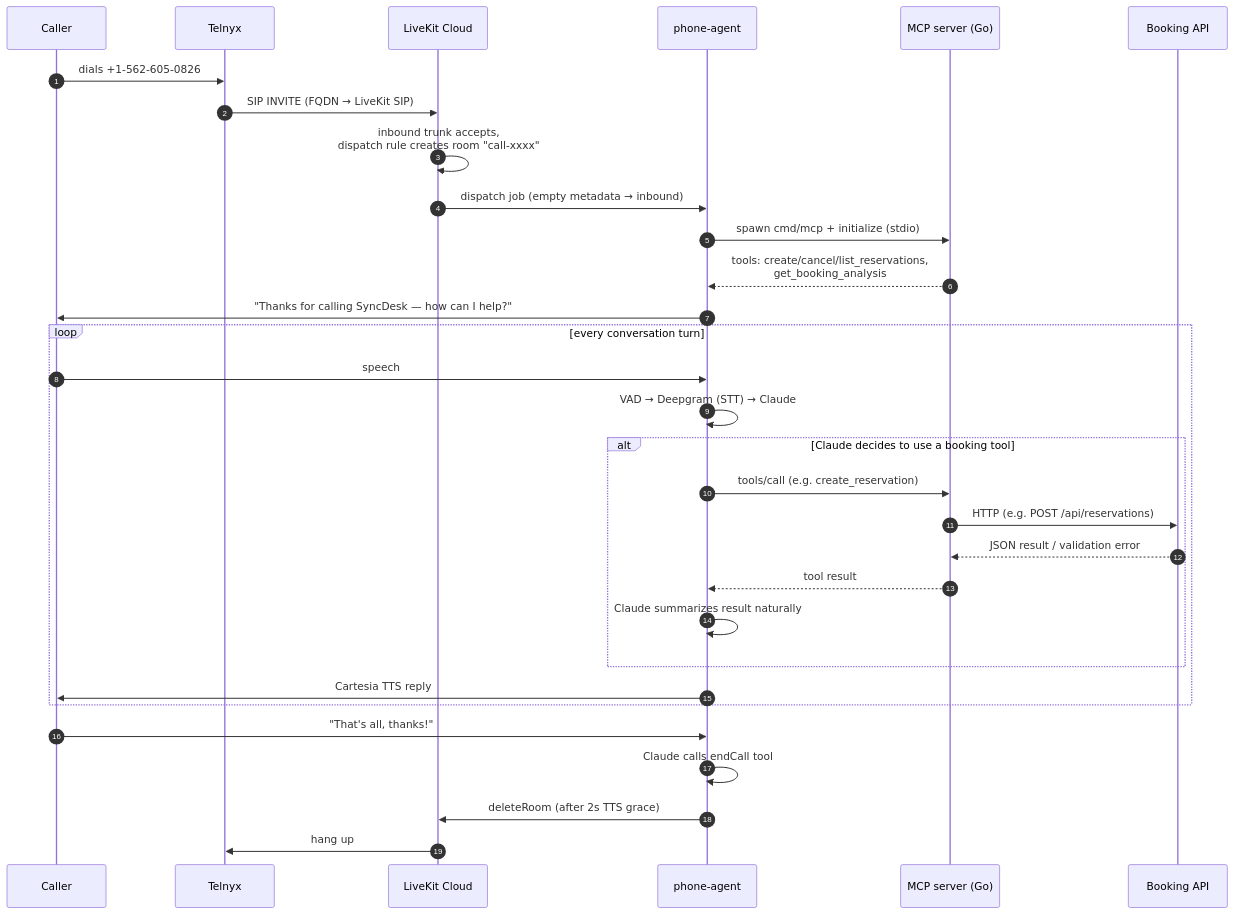
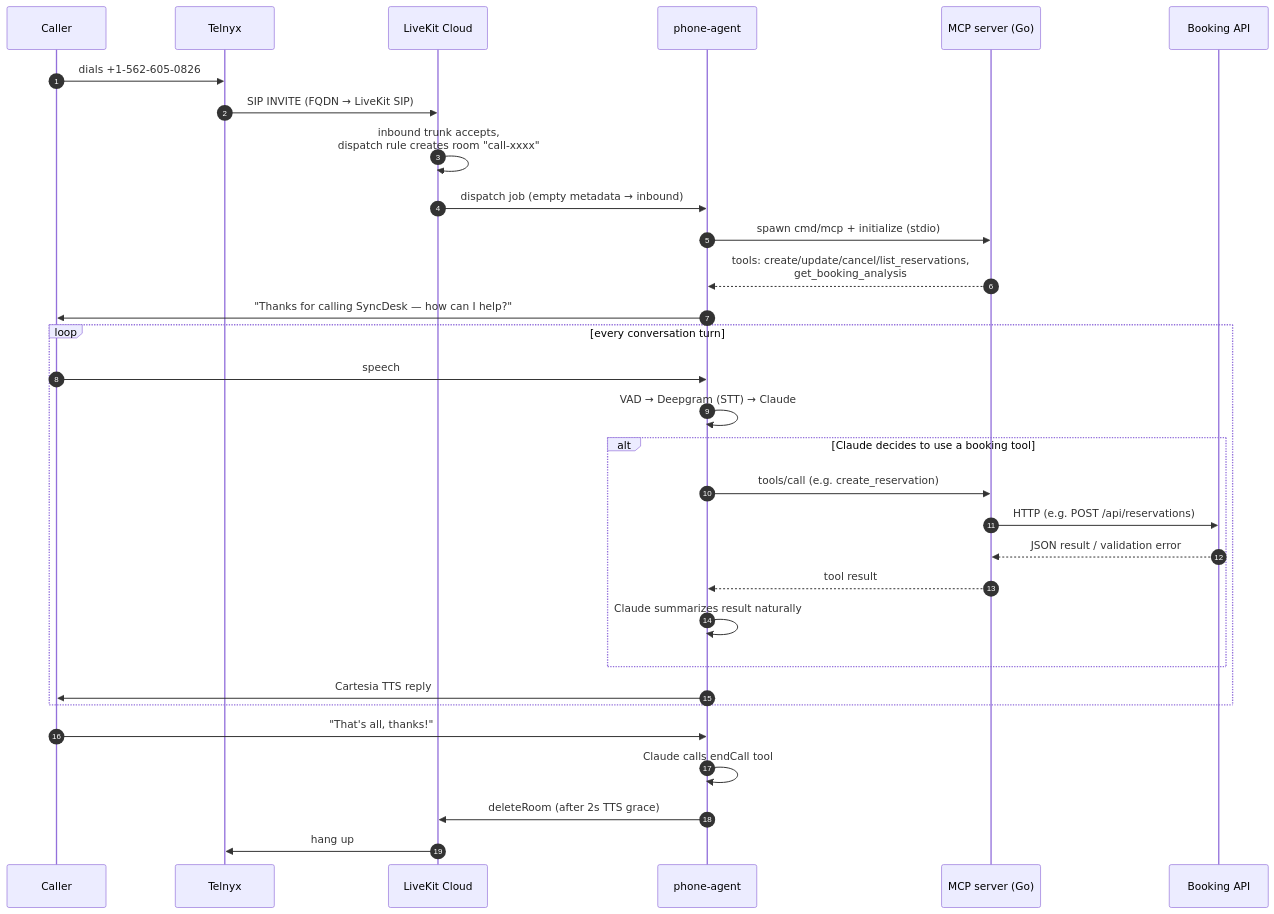
One commit to nomankhokhar/SyncDesk-AI-Agent changed the second of 5 diagrams in diagram.md. Above: the diagram before and after it, drawn with Mermaid. The commit also changed other lines of this file and 77 other files, not shown here.

````diff
--- a/diagram.md
+++ b/diagram.md
@@ -50,36 +50,36 @@
 ```mermaid
 sequenceDiagram
     autonumber
     participant C as Caller
     participant T as Telnyx
     participant L as LiveKit Cloud
     participant A as phone-agent
     participant M as MCP server (Go)
     participant B as Booking API
 
     C->>T: dials +1-562-605-0826
     T->>L: SIP INVITE (FQDN → LiveKit SIP)
     L->>L: inbound trunk accepts,<br/>dispatch rule creates room "call-xxxx"
     L->>A: dispatch job (empty metadata → inbound)
     A->>M: spawn cmd/mcp + initialize (stdio)
-    M-->>A: tools: create/cancel/list_reservations,<br/>get_booking_analysis
+    M-->>A: tools: create/update/cancel/list_reservations,<br/>get_booking_analysis
     A->>C: "Thanks for calling SyncDesk — how can I help?"
 
     loop every conversation turn
         C->>A: speech
         A->>A: VAD → Deepgram (STT) → Claude
         alt Claude decides to use a booking tool
             A->>M: tools/call (e.g. create_reservation)
             M->>B: HTTP (e.g. POST /api/reservations)
             B-->>M: JSON result / validation error
             M-->>A: tool result
             A->>A: Claude summarizes result naturally
         end
         A->>C: Cartesia TTS reply
     end
 
     C->>A: "That's all, thanks!"
     A->>A: Claude calls endCall tool
     A->>L: deleteRoom (after 2s TTS grace)
     L->>T: hang up
 ```
````
